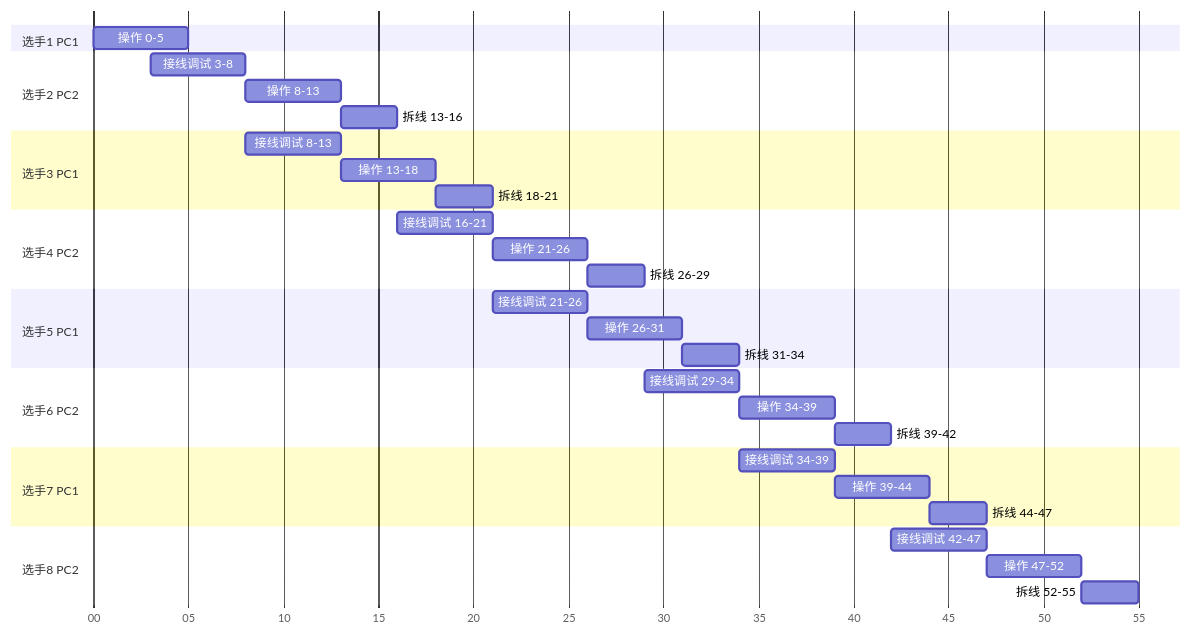
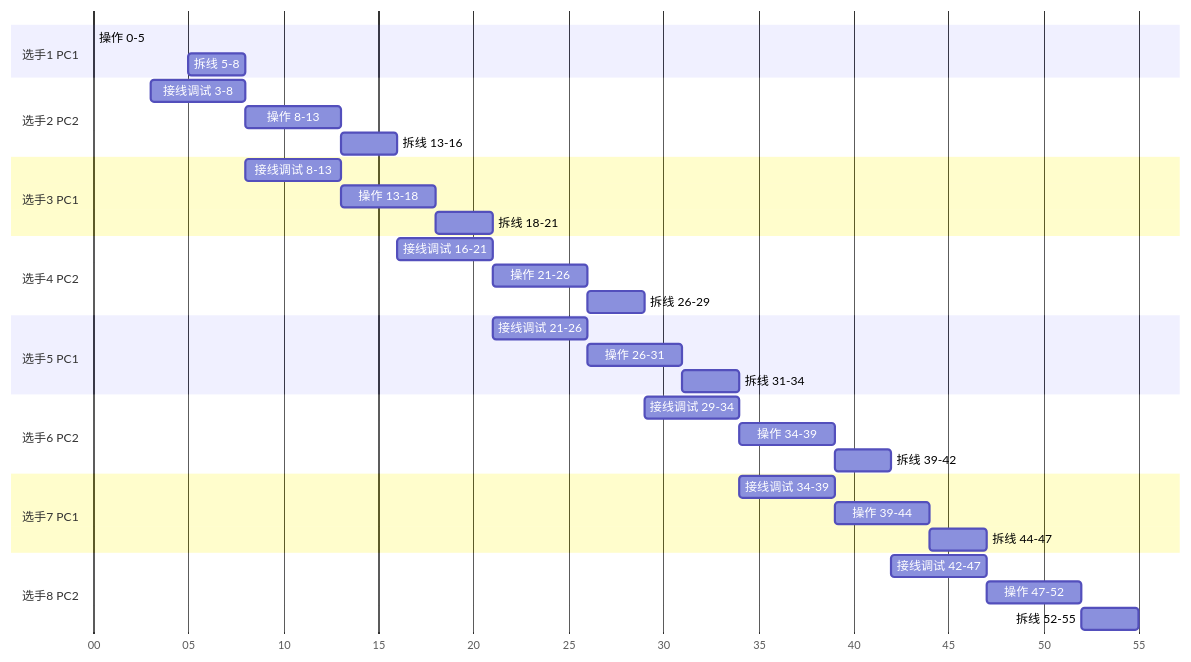
One commit to hezengyu/iodraw-files changed the diagram in all/未命名.md. Above: the diagram before and after it, drawn with Mermaid.

Commit message:
2026-10-31 13:56:40 update

````diff
--- a/all/未命名.md
+++ b/all/未命名.md
@@ -1,47 +1,47 @@
 ```mermaid
 gantt
     dateFormat HH:mm
     axisFormat %M
     tickInterval 5m
     todayMarker off
 
     section 选手1 PC1
-    操作 0-5          :s1a, 00:00, 5m
-   
+    操作 0-5          :s1a, 00:00, 5m，
+    拆线 5-8          :s1b, 00:05, 3m
 
     section 选手2 PC2
     接线调试 3-8      :s2a, 00:03, 5m
     操作 8-13         :s2b, 00:08, 5m
     拆线 13-16        :s2c, 00:13, 3m
 
     section 选手3 PC1
     接线调试 8-13     :s3a, 00:08, 5m
     操作 13-18        :s3b, 00:13, 5m
     拆线 18-21        :s3c, 00:18, 3m
 
     section 选手4 PC2
     接线调试 16-21    :s4a, 00:16, 5m
     操作 21-26        :s4b, 00:21, 5m
     拆线 26-29        :s4c, 00:26, 3m
 
     section 选手5 PC1
     接线调试 21-26    :s5a, 00:21, 5m
     操作 26-31        :s5b, 00:26, 5m
     拆线 31-34        :s5c, 00:31, 3m
 
     section 选手6 PC2
     接线调试 29-34    :s6a, 00:29, 5m
     操作 34-39        :s6b, 00:34, 5m
     拆线 39-42        :s6c, 00:39, 3m
 
     section 选手7 PC1
     接线调试 34-39    :s7a, 00:34, 5m
     操作 39-44        :s7b, 00:39, 5m
     拆线 44-47        :s7c, 00:44, 3m
 
     section 选手8 PC2
     接线调试 42-47    :s8a, 00:42, 5m
     操作 47-52        :s8b, 00:47, 5m
     拆线 52-55        :s8c, 00:52, 3m
 
 ```
````
